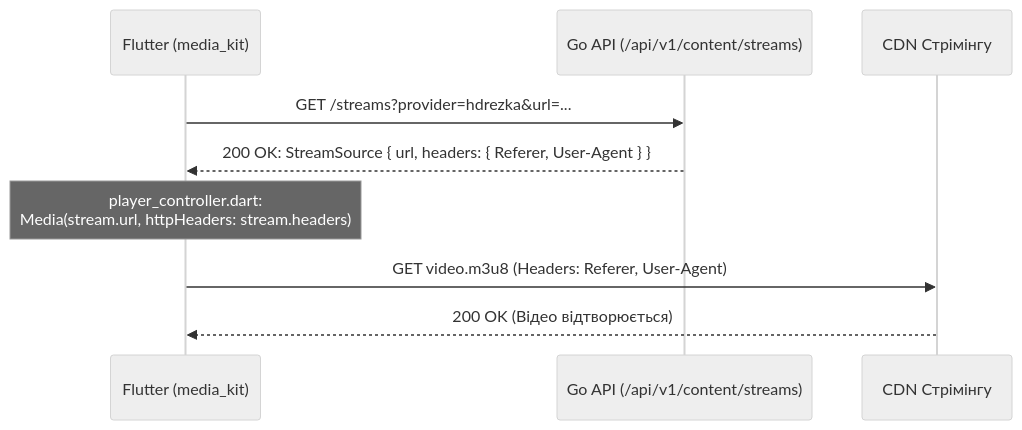
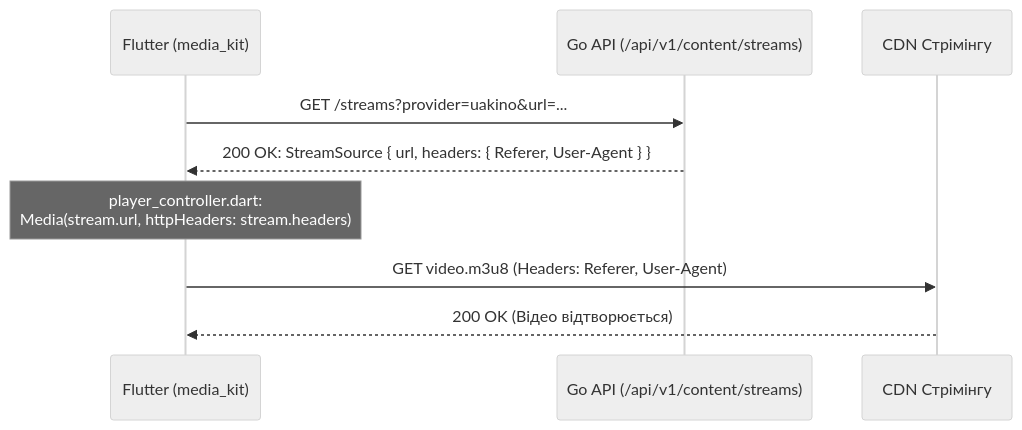
One commit to edhases/kadrbox changed the second of 2 diagrams in docs/audit/02_PARSERS_AND_PROVIDERS_AUDIT.md. Above: the diagram before and after it, drawn with Mermaid (neutral theme). The commit also changed other lines of this file and 72 other files, not shown here.

````diff
--- a/docs/audit/02_PARSERS_AND_PROVIDERS_AUDIT.md
+++ b/docs/audit/02_PARSERS_AND_PROVIDERS_AUDIT.md
@@ -212,12 +126,12 @@
 ```mermaid
 sequenceDiagram
     participant Flutter as Flutter (media_kit)
     participant Server as Go API (/api/v1/content/streams)
     participant CDN as CDN Стрімінгу
 
-    Flutter->>Server: GET /streams?provider=hdrezka&url=...
+    Flutter->>Server: GET /streams?provider=uakino&url=...
     Server-->>Flutter: 200 OK: StreamSource { url, headers: { Referer, User-Agent } }
     Note over Flutter: player_controller.dart:<br/>Media(stream.url, httpHeaders: stream.headers)
     Flutter->>CDN: GET video.m3u8 (Headers: Referer, User-Agent)
     CDN-->>Flutter: 200 OK (Відео відтворюється)
 ```
````
